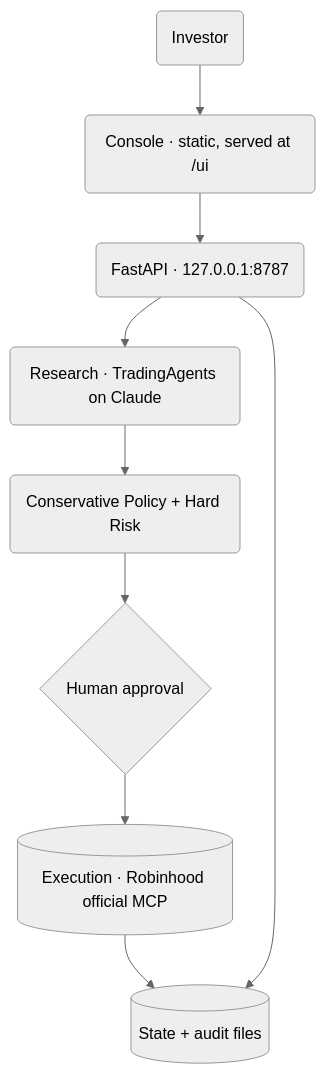
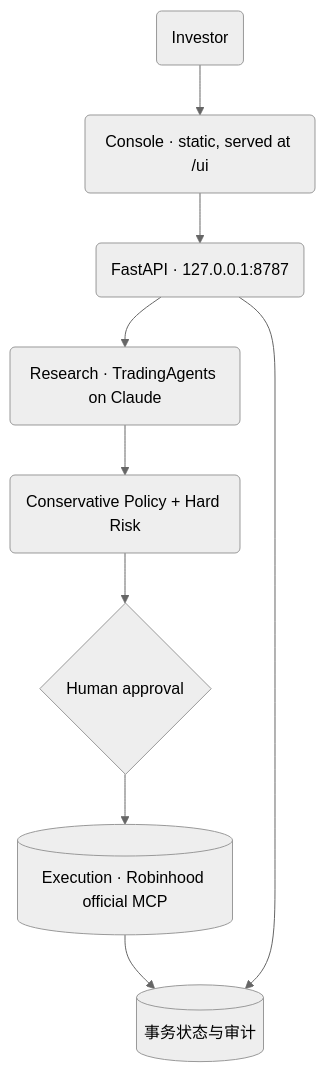
The diagram in README.zh-CN.md (heyemlee/agentic_trading), drawn with Mermaid before and after one commit. The commit also changed other lines of this file and 7 other files, not shown here.

````diff
--- a/README.zh-CN.md
+++ b/README.zh-CN.md
@@ -107,12 +108,12 @@
 ```mermaid
 %%{init: {'theme':'neutral'}}%%
 flowchart TD
     U(Investor) --> C(Console · static, served at /ui)
     C --> A(FastAPI · 127.0.0.1:8787)
     A --> R(Research · TradingAgents on Claude)
     R --> P(Conservative Policy + Hard Risk)
     P --> H{Human approval}
     H --> E[(Execution · Robinhood official MCP)]
-    E --> S[(State + audit files)]
+    E --> S[(事务状态与审计)]
     A --> S
 ```
````
